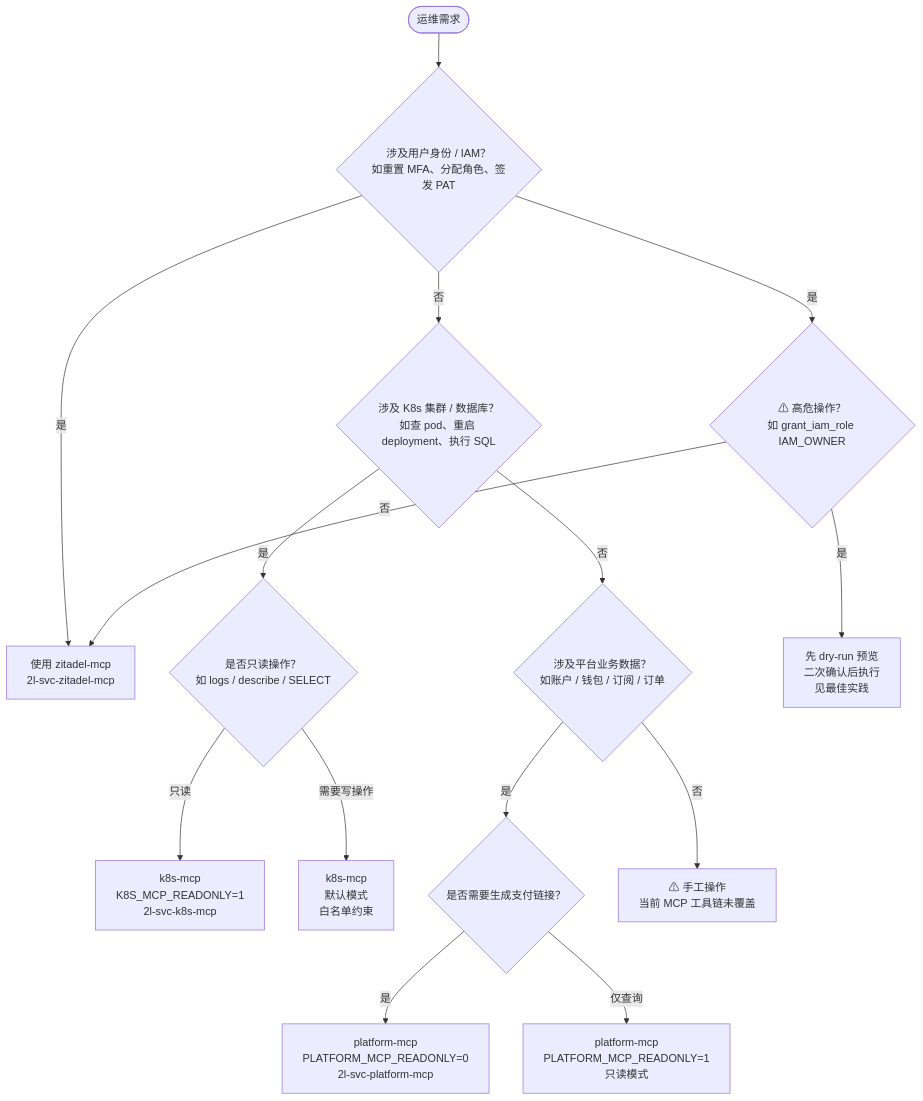
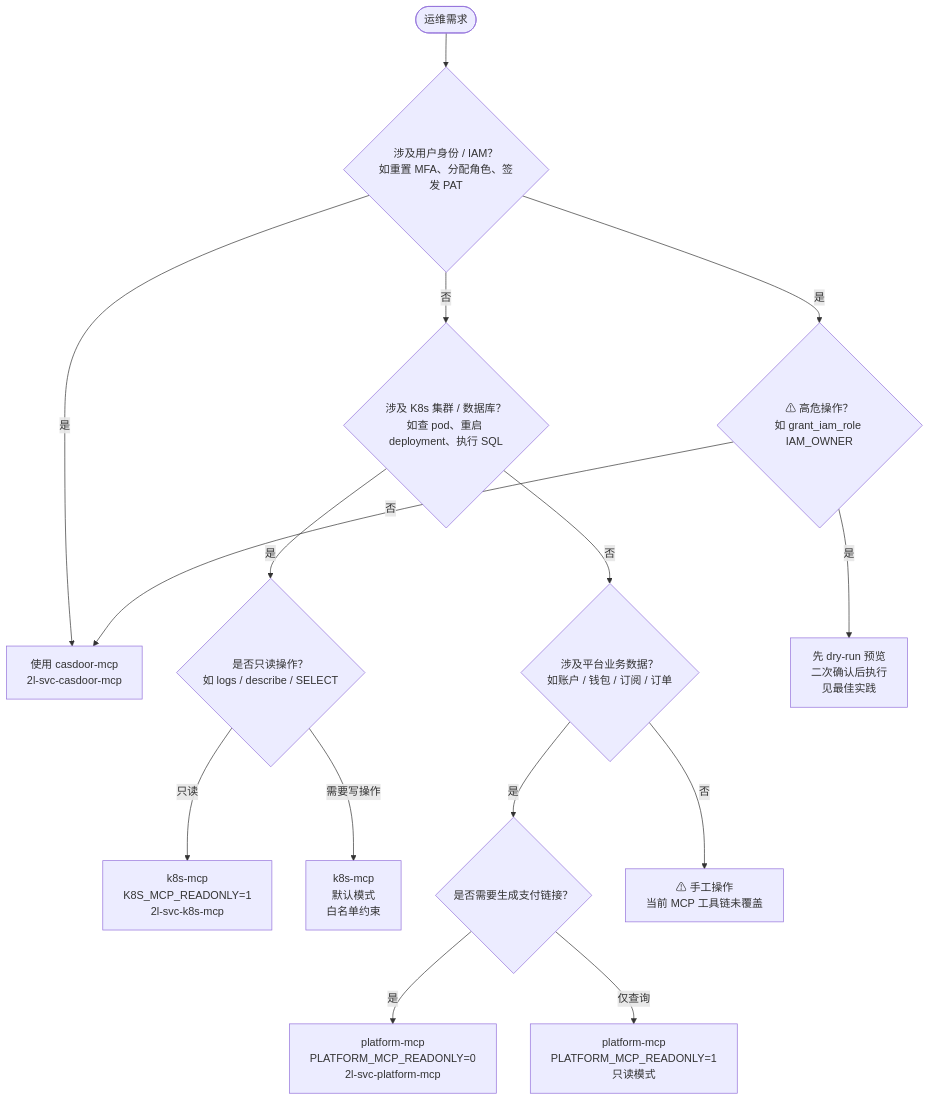
One commit to hanmahong5-arch/lurus-docs changed the fifth of 7 diagrams in internal/products/mcp.md. Above: the diagram before and after it, drawn with Mermaid. The commit also changed other lines of this file and 30 other files, not shown here.

Commit message:
docs(internal): IdP 术语同步 Zitadel → Casdoor(vendor-neutral OIDC 迁移文档面)

````diff
--- a/internal/products/mcp.md
+++ b/internal/products/mcp.md
@@ -569,17 +569,17 @@
 ```mermaid
 graph TD
     START([运维需求]) --> Q1{涉及用户身份 / IAM？\n如重置 MFA、分配角色、签发 PAT}
-    Q1 -- 是 --> ZITADEL[使用 zitadel-mcp\n2l-svc-zitadel-mcp]
+    Q1 -- 是 --> CASDOOR[使用 casdoor-mcp\n2l-svc-casdoor-mcp]
     Q1 -- 否 --> Q2{涉及 K8s 集群 / 数据库？\n如查 pod、重启 deployment、执行 SQL}
     Q2 -- 是 --> Q3{是否只读操作？\n如 logs / describe / SELECT}
     Q3 -- 只读 --> K8S_RO[k8s-mcp\nK8S_MCP_READONLY=1\n2l-svc-k8s-mcp]
     Q3 -- 需要写操作 --> K8S_RW[k8s-mcp\n默认模式\n白名单约束]
     Q2 -- 否 --> Q4{涉及平台业务数据？\n如账户 / 钱包 / 订阅 / 订单}
     Q4 -- 是 --> Q5{是否需要生成支付链接？}
     Q5 -- 是 --> PLAT_RW[platform-mcp\nPLATFORM_MCP_READONLY=0\n2l-svc-platform-mcp]
     Q5 -- 仅查询 --> PLAT_RO[platform-mcp\nPLATFORM_MCP_READONLY=1\n只读模式]
     Q4 -- 否 --> MANUAL[⚠ 手工操作\n当前 MCP 工具链未覆盖]
     Q1 -- 是 --> AUDIT{⚠ 高危操作？\n如 grant_iam_role IAM_OWNER}
     AUDIT -- 是 --> CONFIRM[先 dry-run 预览\n二次确认后执行\n见最佳实践]
-    AUDIT -- 否 --> ZITADEL
+    AUDIT -- 否 --> CASDOOR
 ```
````
